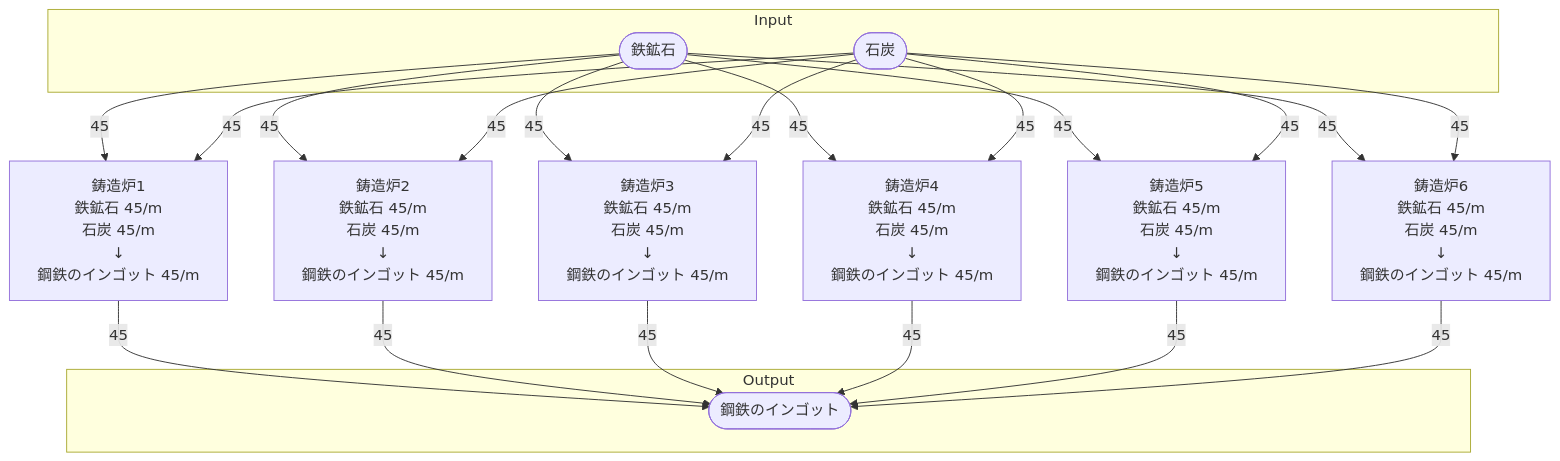
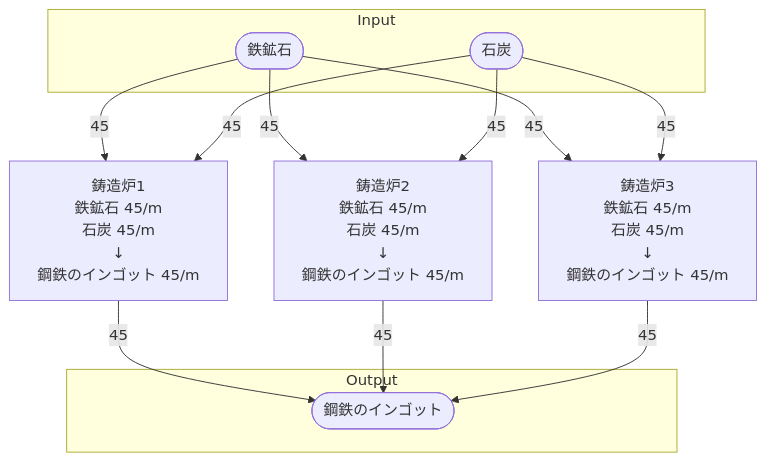
The diagram in 40_FactoryBuilding/鋼鉄工場/40_個別製造ライン設計書/個別製造ライン設計書_鋼鉄のインゴット製造ライン.md (Suzuran-Amano/SatisfactoryTaskEfficiency), drawn with Mermaid before and after one commit. The commit also changed other lines of this file and 288 other files, not shown here.

````diff
--- a/40_FactoryBuilding/鋼鉄工場/40_個別製造ライン設計書/個別製造ライン設計書_鋼鉄のインゴット製造ライン.md
+++ b/40_FactoryBuilding/鋼鉄工場/40_個別製造ライン設計書/個別製造ライン設計書_鋼鉄のインゴット製造ライン.md
@@ -19,79 +21,46 @@
 ```mermaid
 flowchart TD
 
 subgraph Input
     鉄鉱石([鉄鉱石])
     石炭([石炭])
 end
 
 鋳造炉1[
     鋳造炉1
     鉄鉱石 45/m
     石炭 45/m
     ↓
     鋼鉄のインゴット 45/m
 ]
 
 鋳造炉2[
     鋳造炉2
     鉄鉱石 45/m
     石炭 45/m
     ↓
     鋼鉄のインゴット 45/m
 ]
 
 鋳造炉3[
     鋳造炉3
     鉄鉱石 45/m
     石炭 45/m
     ↓
     鋼鉄のインゴット 45/m
 ]
 
-鋳造炉4[
-    鋳造炉4
-    鉄鉱石 45/m
-    石炭 45/m
-    ↓
-    鋼鉄のインゴット 45/m
-]
-
-鋳造炉5[
-    鋳造炉5
-    鉄鉱石 45/m
-    石炭 45/m
-    ↓
-    鋼鉄のインゴット 45/m
-]
-
-鋳造炉6[
-    鋳造炉6
-    鉄鉱石 45/m
-    石炭 45/m
-    ↓
-    鋼鉄のインゴット 45/m
-]
-
 subgraph Output
     鋼鉄のインゴット([鋼鉄のインゴット])
 end
 
 鉄鉱石-->|45|鋳造炉1
 石炭-->|45|鋳造炉1
 鋳造炉1-->|45|鋼鉄のインゴット
 鉄鉱石-->|45|鋳造炉2
 石炭-->|45|鋳造炉2
 鋳造炉2-->|45|鋼鉄のインゴット
 鉄鉱石-->|45|鋳造炉3
 石炭-->|45|鋳造炉3
 鋳造炉3-->|45|鋼鉄のインゴット
-鉄鉱石-->|45|鋳造炉4
-石炭-->|45|鋳造炉4
-鋳造炉4-->|45|鋼鉄のインゴット
-鉄鉱石-->|45|鋳造炉5
-石炭-->|45|鋳造炉5
-鋳造炉5-->|45|鋼鉄のインゴット
-鉄鉱石-->|45|鋳造炉6
-石炭-->|45|鋳造炉6
-鋳造炉6-->|45|鋼鉄のインゴット
 ```
````
